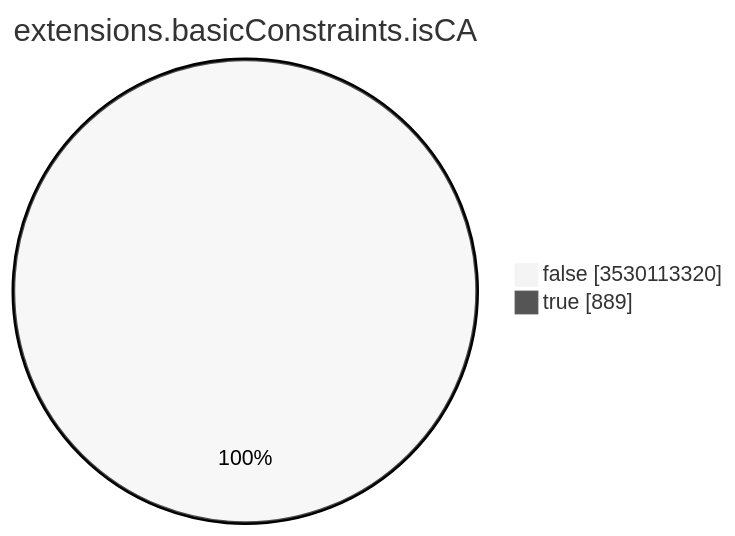
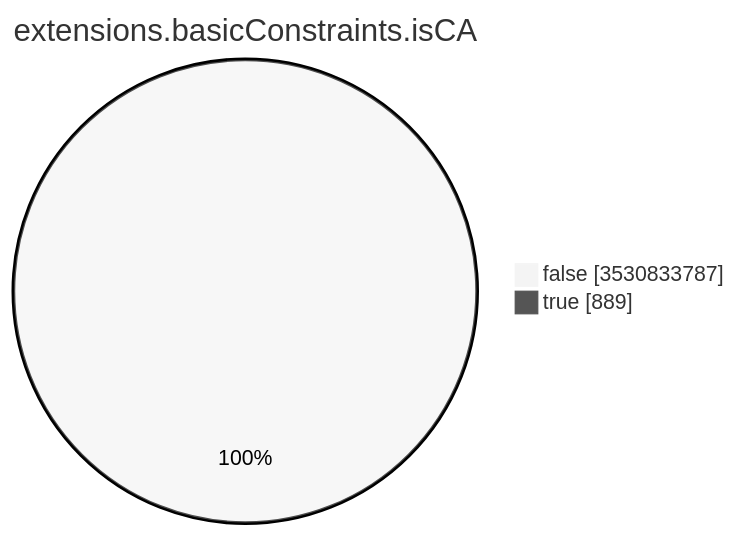
One commit to christiankrug/ctmonitor_visualization changed the seventh of 15 diagrams in TOTAL/README.md. Above: the diagram before and after it, drawn with Mermaid (neutral theme). The commit also changed other lines of this file, not shown here.

````diff
--- a/TOTAL/README.md
+++ b/TOTAL/README.md
@@ -3094,6 +3094,6 @@
 ```mermaid
 pie showData
 title extensions.basicConstraints.isCA
-"false" :3530113320
+"false" :3530833787
 "true" :889
 ```
````
